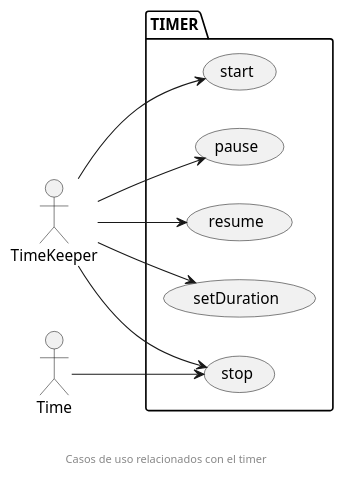
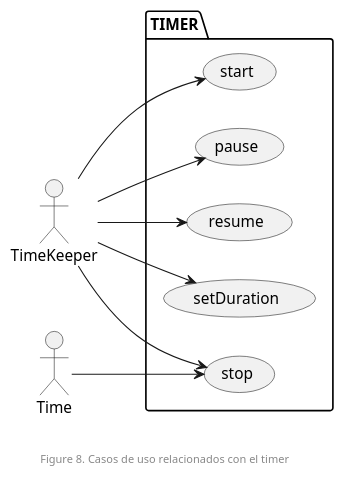
One commit to zuldare/mastercloud_pfm_halterocms changed the diagram in diagrams/usecases/timer.puml. Above: the diagram before and after it, drawn with PlantUML. The commit also changed 12 other files, not shown here.

```diff
--- a/diagrams/usecases/timer.puml
+++ b/diagrams/usecases/timer.puml
@@ -1,20 +1,20 @@
 @startuml
 left to right direction
 
 package TIMER {
   usecase start
   usecase pause
   usecase resume
   usecase setDuration
   usecase stop
 }
 
 TimeKeeper --> start
 TimeKeeper --> pause
 TimeKeeper --> resume
 TimeKeeper --> stop
 TimeKeeper --> setDuration
 Time --> stop
 
-footer \n\n Casos de uso relacionados con el timer
+footer \n\nFigure 8. Casos de uso relacionados con el timer
 @enduml
```
